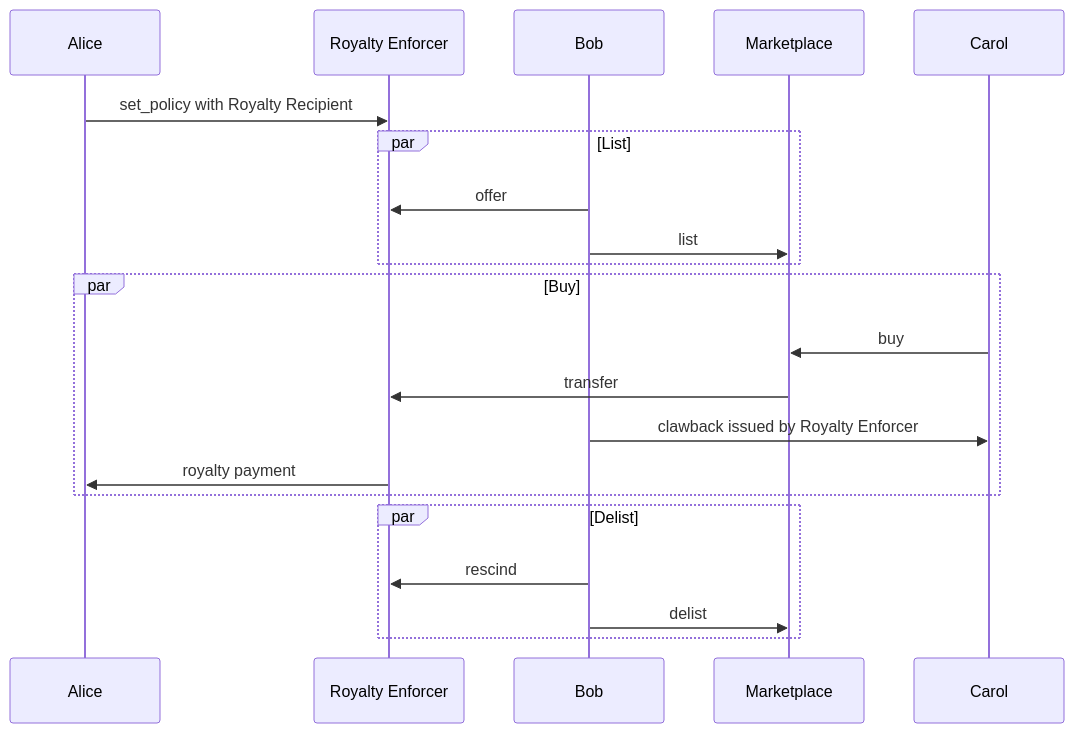
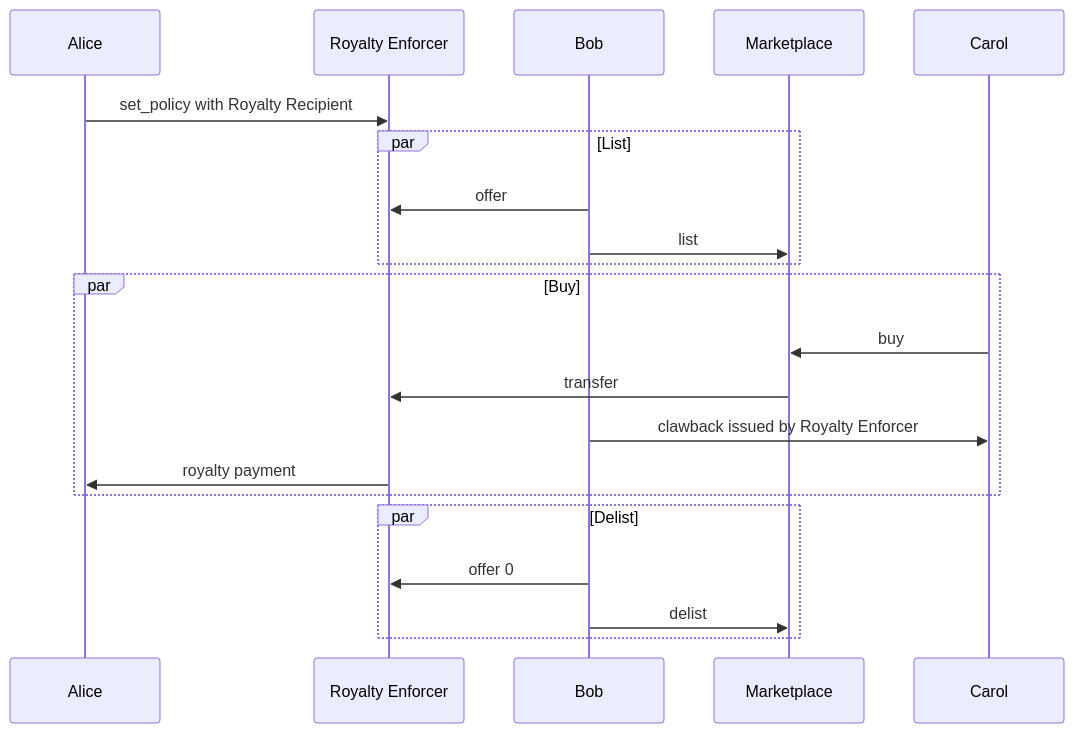
The diagram in ARCs/arc-0018.md (algorandfoundation/ARCs), drawn with Mermaid before and after one commit. The commit also changed other lines of this file, not shown here.

Commit message:
updating offer method to require any previous values be passed

````diff
--- a/ARCs/arc-0018.md
+++ b/ARCs/arc-0018.md
@@ -373,21 +366,21 @@
 ```mermaid
 sequenceDiagram
     Alice->>Royalty Enforcer: set_policy with Royalty Recipient
 
     par List
         Bob->>Royalty Enforcer: offer
         Bob->>Marketplace: list
     end
 
     Par Buy
         Carol->>Marketplace: buy
         Marketplace->>Royalty Enforcer: transfer
         Bob->>Carol: clawback issued by Royalty Enforcer
         Royalty Enforcer->>Alice: royalty payment
     end
 
     par Delist
-        Bob->>Royalty Enforcer: rescind
+        Bob->>Royalty Enforcer: offer 0 
         Bob->>Marketplace: delist
     end
 ```
````
